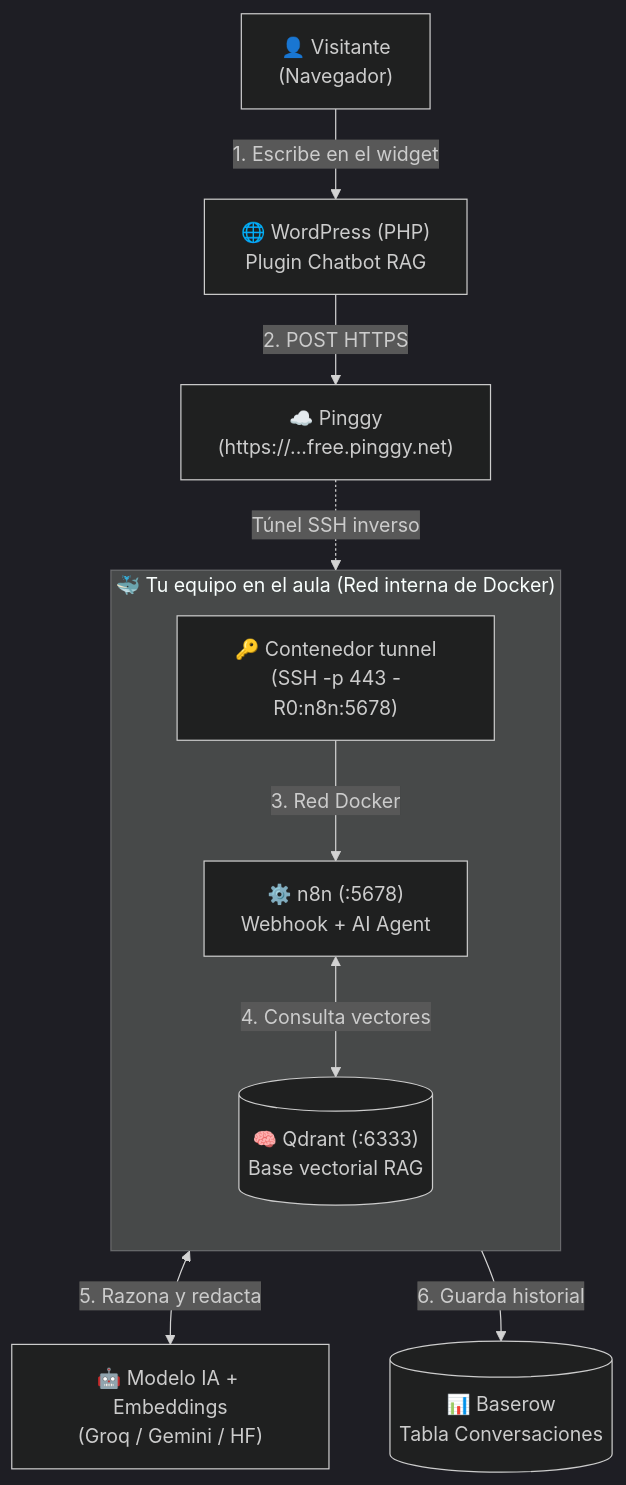
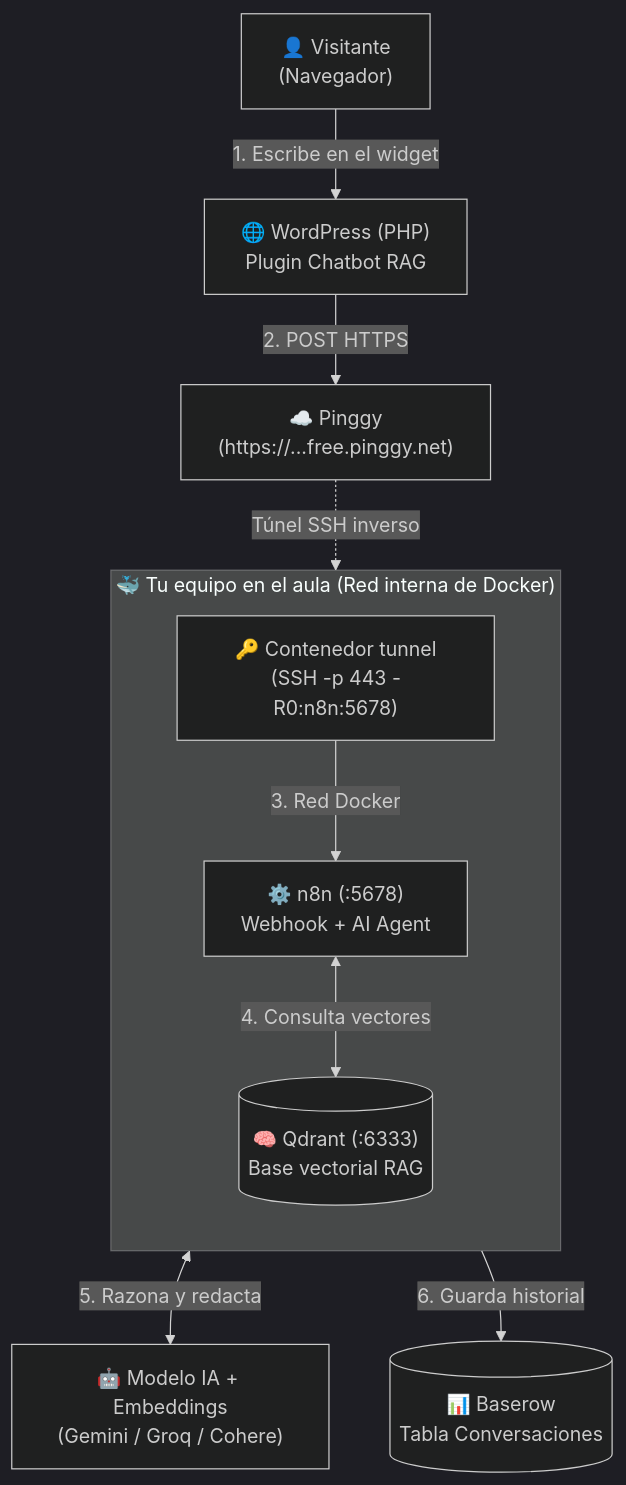
The first of 2 diagrams in asignaturas/psirii/docker/actividad2/index.md (Dellos7/informatica-eso-bat), drawn with Mermaid (dark theme) before and after one commit. The commit also changed other lines of this file and 3 other files, not shown here.

````diff
--- a/asignaturas/psirii/docker/actividad2/index.md
+++ b/asignaturas/psirii/docker/actividad2/index.md
@@ -31,15 +33,15 @@
 ```mermaid
 flowchart TD
     V["👤 Visitante<br/>(Navegador)"] -->|"1. Escribe en el widget"| WP["🌐 WordPress (PHP)<br/>Plugin Chatbot RAG"]
     WP -->|"2. POST HTTPS"| PG["☁️ Pinggy<br/>(https://...free.pinggy.net)"]
     PG -.->|"Túnel SSH inverso"| TUN
 
     subgraph Docker["🐳 Tu equipo en el aula (Red interna de Docker)"]
         direction TB
         TUN["🔑 Contenedor tunnel<br/>(SSH -p 443 -R0:n8n:5678)"] -->|"3. Red Docker"| N8N["⚙️ n8n (:5678)<br/>Webhook + AI Agent"]
         N8N <-->|"4. Consulta vectores"| QD[("🧠 Qdrant (:6333)<br/>Base vectorial RAG")]
     end
 
-    N8N <-->|"5. Razona y redacta"| LLM["🤖 Modelo IA + Embeddings<br/>(Groq / Gemini / HF)"]
+    N8N <-->|"5. Razona y redacta"| LLM["🤖 Modelo IA + Embeddings<br/>(Gemini / Groq / Cohere)"]
     N8N -->|"6. Guarda historial"| BR[("📊 Baserow<br/>Tabla Conversaciones")]
 ```
````
